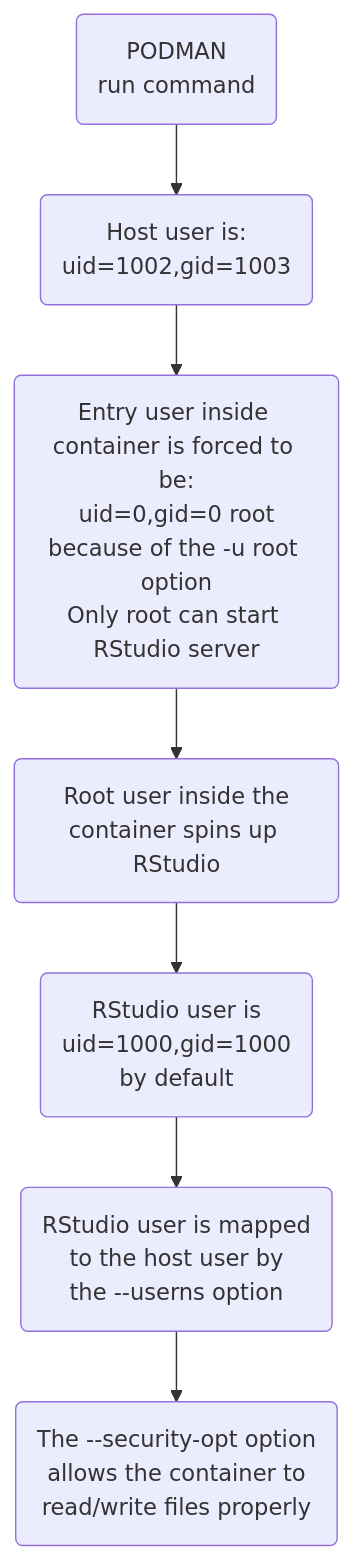
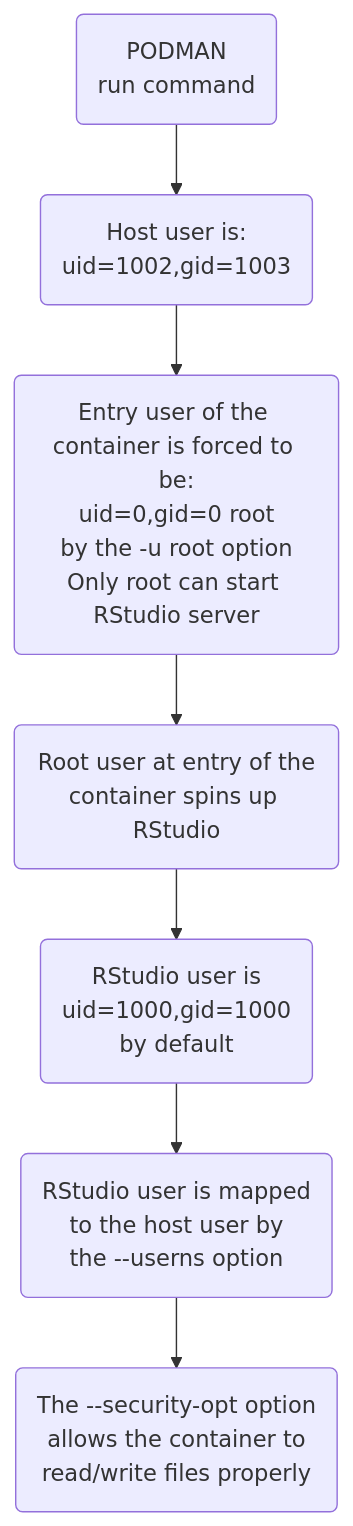
One commit to seergidev/seergidev.github.io changed the first of 2 diagrams in posts/rstudio_podman_post/rstudio_podman_post.qmd. Above: the diagram before and after it, drawn with Mermaid. The commit also changed other lines of this file and 5 other files, not shown here.

````diff
--- a/posts/rstudio_podman_post/rstudio_podman_post.qmd
+++ b/posts/rstudio_podman_post/rstudio_podman_post.qmd
@@ -217,9 +217,9 @@
 ```{mermaid}
 flowchart
   A(PODMAN\nrun command) --> B(Host user is:\nuid=1002,gid=1003)
-  B --> C(Entry user inside container is forced to be:\nuid=0,gid=0 root\nbecause of the -u root option\nOnly root can start RStudio server)
-  C --> D(Root user inside the\ncontainer spins up RStudio)
+  B --> C(Entry user of the container is forced to be:\nuid=0,gid=0 root\nby the -u root option\nOnly root can start RStudio server)
+  C --> D(Root user at entry of the\ncontainer spins up RStudio)
   D --> E(RStudio user is\nuid=1000,gid=1000\nby default)
   E --> F(RStudio user is mapped\nto the host user by\nthe --userns option)
   F --> G(The --security-opt option\nallows the container to\nread/write files properly)
 ```
````
